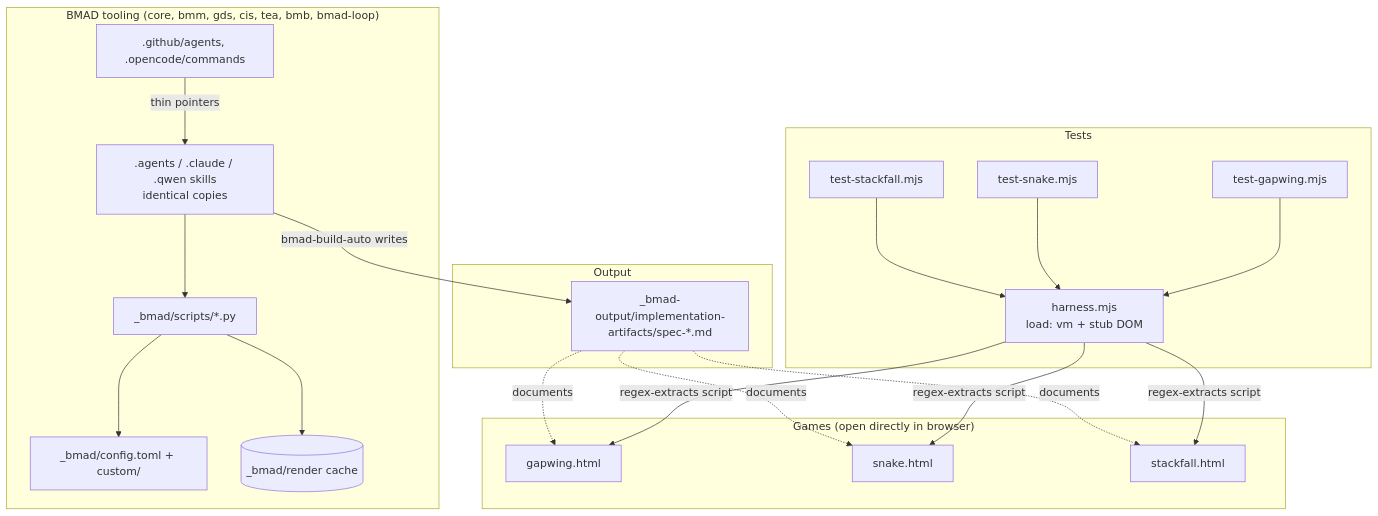
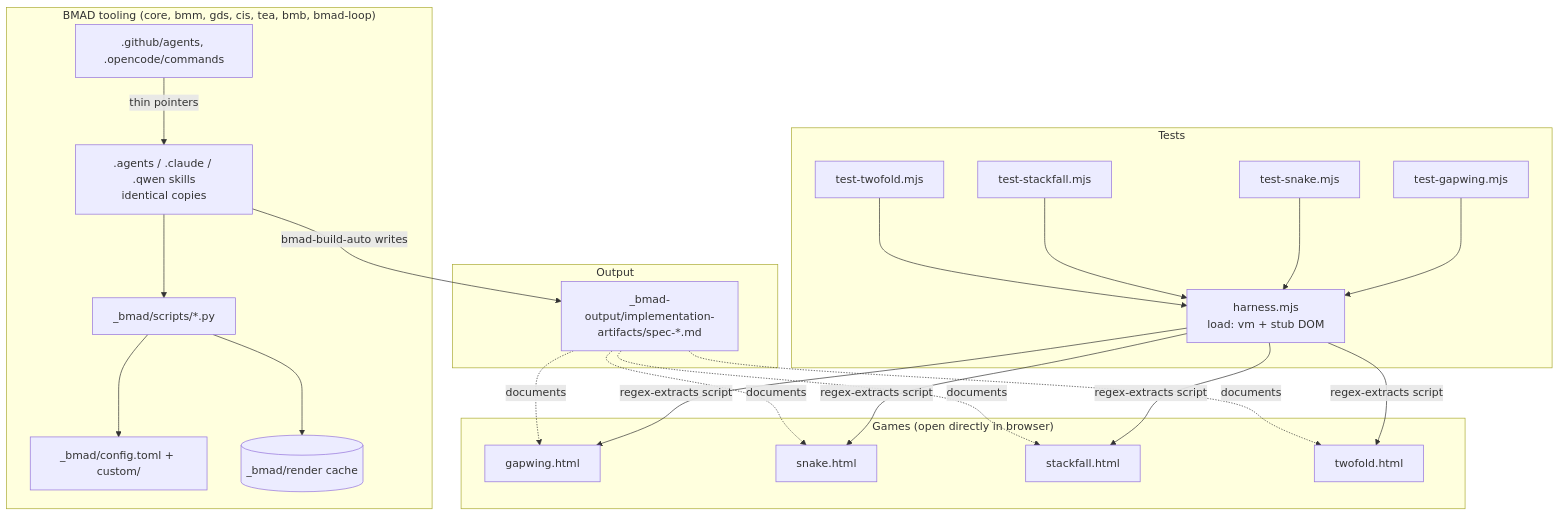
The first of 3 diagrams in docs/CODEBASE_MAP.md (KPharcos/retro-games), drawn with Mermaid before and after one commit. The commit also changed other lines of this file and 5 other files, not shown here.

````diff
--- a/docs/CODEBASE_MAP.md
+++ b/docs/CODEBASE_MAP.md
@@ -17,38 +17,43 @@
 ```mermaid
 graph TB
     subgraph Games["Games (open directly in browser)"]
         Gap[gapwing.html]
         Snk[snake.html]
         Stk[stackfall.html]
+        Two[twofold.html]
     end
     subgraph Tests
         H[harness.mjs<br/>load: vm + stub DOM]
         TG[test-gapwing.mjs]
         TS[test-snake.mjs]
         TF[test-stackfall.mjs]
+        TT[test-twofold.mjs]
     end
     subgraph BMAD["BMAD tooling (core, bmm, gds, cis, tea, bmb, bmad-loop)"]
         Cfg[_bmad/config.toml + custom/]
         Scripts[_bmad/scripts/*.py]
         Render[(_bmad/render cache)]
         Skills[.agents / .claude / .qwen skills<br/>identical copies]
         Adapters[.github/agents, .opencode/commands]
     end
     subgraph Output
         Specs[_bmad-output/implementation-artifacts/spec-*.md]
     end
     TG --> H
     TS --> H
     TF --> H
+    TT --> H
     H -->|regex-extracts script| Gap
     H -->|regex-extracts script| Snk
     H -->|regex-extracts script| Stk
+    H -->|regex-extracts script| Two
     Skills --> Scripts
     Scripts --> Cfg
     Scripts --> Render
     Adapters -->|thin pointers| Skills
     Skills -->|bmad-build-auto writes| Specs
     Specs -.documents.-> Gap
     Specs -.documents.-> Snk
     Specs -.documents.-> Stk
+    Specs -.documents.-> Two
 ```
````
